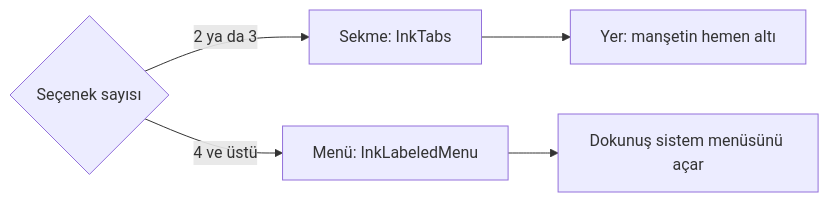
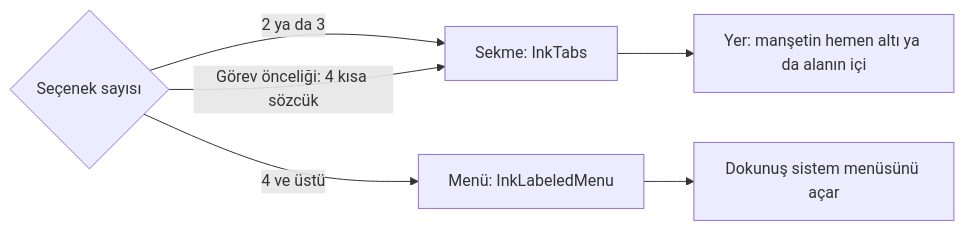
The first of 6 diagrams in docs/design.md (dogancanyildiz/kenet), drawn with Mermaid before and after one commit. The commit also changed other lines of this file and 3 other files, not shown here.

````diff
--- a/docs/design.md
+++ b/docs/design.md
@@ -342,7 +193,8 @@
 ```mermaid
 flowchart LR
     A{Seçenek sayısı} -->|2 ya da 3| B[Sekme: InkTabs]
     A -->|4 ve üstü| C[Menü: InkLabeledMenu]
-    B --> D[Yer: manşetin hemen altı]
+    A -->|Görev önceliği: 4 kısa sözcük| B
+    B --> D[Yer: manşetin hemen altı ya da alanın içi]
     C --> E[Dokunuş sistem menüsünü açar]
 ```
````
